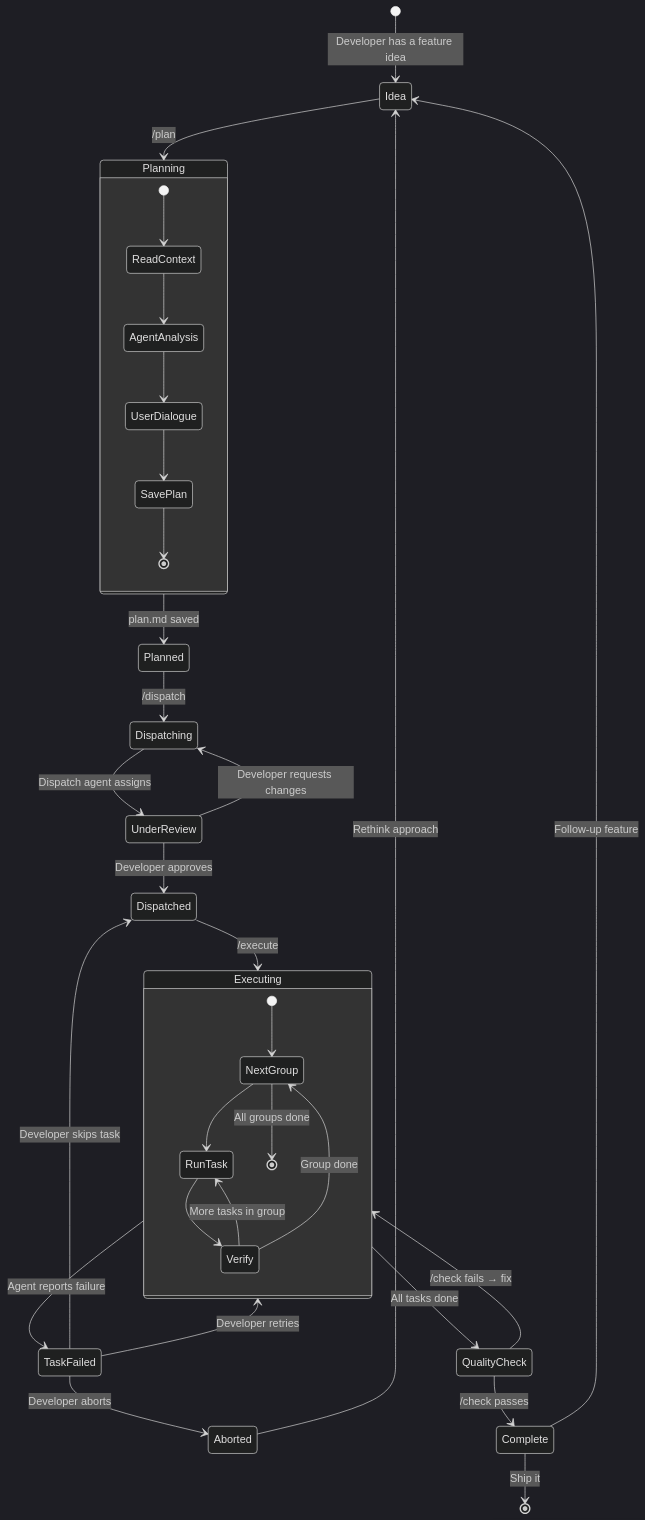
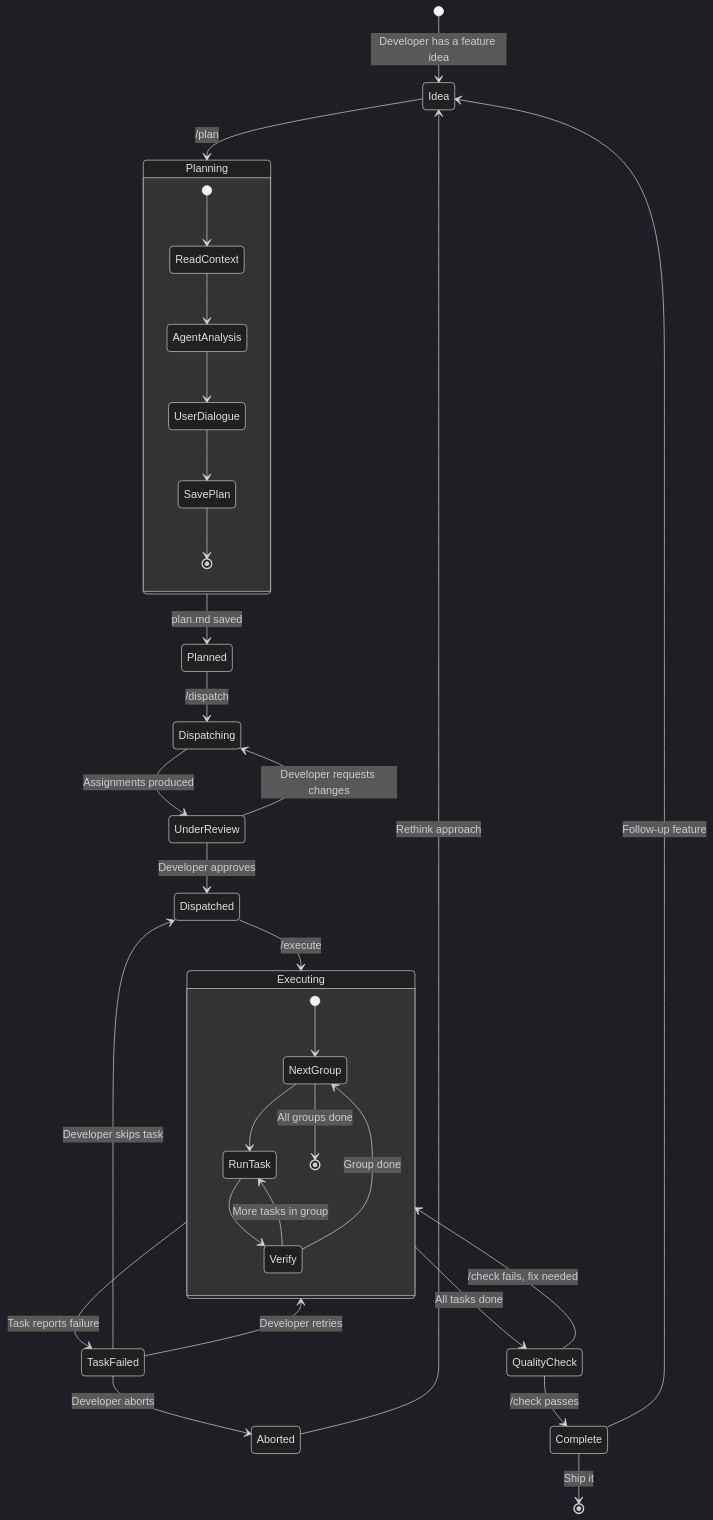
One commit to nikita-voloshyn/forgeline changed the fourth of 5 diagrams in docs/specs/2026-03-23-orchestration-design.md. Above: the diagram before and after it, drawn with Mermaid (dark theme). The commit also changed other lines of this file and 20 other files, not shown here.

````diff
--- a/docs/specs/2026-03-23-orchestration-design.md
+++ b/docs/specs/2026-03-23-orchestration-design.md
@@ -809,46 +742,46 @@
 ```mermaid
 stateDiagram-v2
     [*] --> Idea: Developer has a feature idea
 
     Idea --> Planning: /plan
     Planning --> Planned: plan.md saved
 
     Planned --> Dispatching: /dispatch
-    Dispatching --> UnderReview: Dispatch agent assigns
+    Dispatching --> UnderReview: Assignments produced
 
     UnderReview --> Dispatching: Developer requests changes
     UnderReview --> Dispatched: Developer approves
 
     Dispatched --> Executing: /execute
-    Executing --> TaskFailed: Agent reports failure
+    Executing --> TaskFailed: Task reports failure
 
     TaskFailed --> Executing: Developer retries
     TaskFailed --> Dispatched: Developer skips task
     TaskFailed --> Aborted: Developer aborts
 
     Executing --> QualityCheck: All tasks done
     QualityCheck --> Complete: /check passes
-    QualityCheck --> Executing: /check fails → fix
+    QualityCheck --> Executing: /check fails, fix needed
 
     Complete --> [*]: Ship it
     Complete --> Idea: Follow-up feature
 
     Aborted --> Idea: Rethink approach
 
     state Planning {
         [*] --> ReadContext
         ReadContext --> AgentAnalysis
         AgentAnalysis --> UserDialogue
         UserDialogue --> SavePlan
         SavePlan --> [*]
     }
 
     state Executing {
         [*] --> NextGroup
         NextGroup --> RunTask
         RunTask --> Verify
         Verify --> RunTask: More tasks in group
         Verify --> NextGroup: Group done
         NextGroup --> [*]: All groups done
     }
 ```
````
